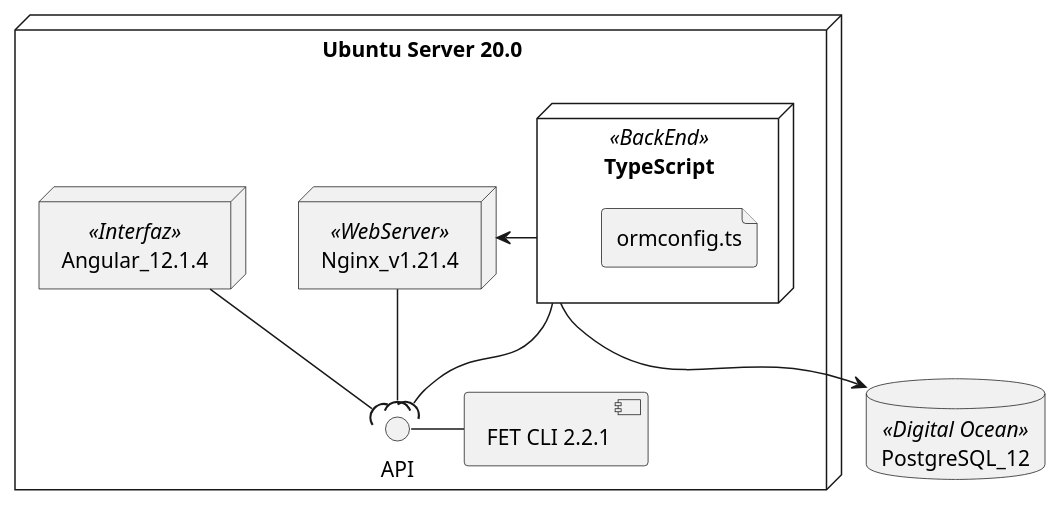
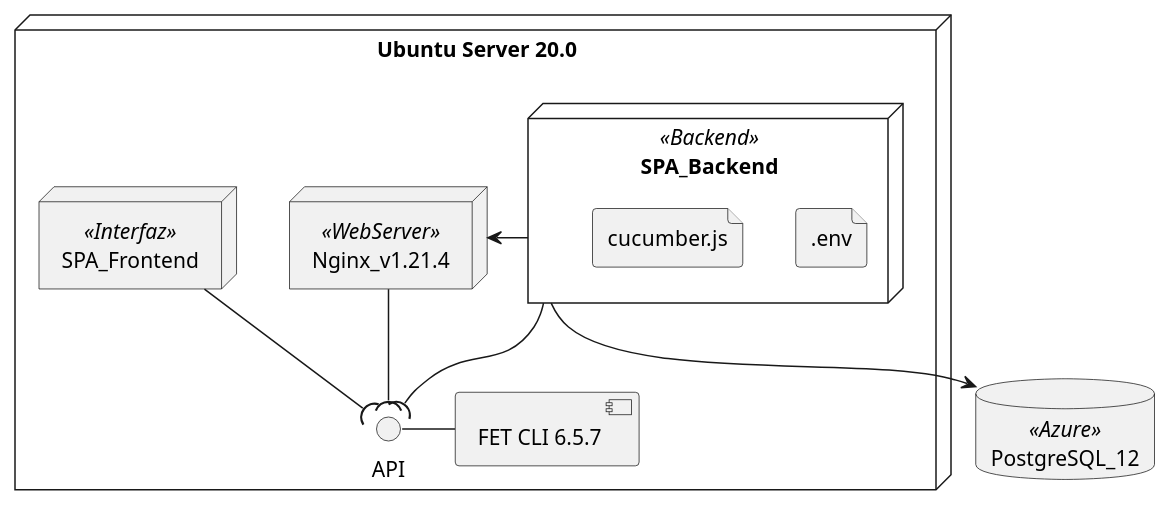
One commit to Trabajo-de-Titulacion/planificacion-academica-fis-frontend changed the diagram in diagrams/arquitectura.puml. Above: the diagram before and after it, drawn with PlantUML.

```diff
--- a/diagrams/arquitectura.puml
+++ b/diagrams/arquitectura.puml
@@ -1,26 +1,27 @@
 @startuml
 
 node "Ubuntu Server 20.0" {
-    node Angular_12.1.4 <<Interfaz>> {
+    node SPA_Frontend <<Interfaz>> {
     }
 }
 
 node "Ubuntu Server 20.0" {
     node "Nginx_v1.21.4" <<WebServer>> {
     }
-    node "TypeScript" <<BackEnd>> {
-        file ormconfig.ts
+    node SPA_Backend <<Backend>> {
+        file ".env"
+        file "cucumber.js"
     }
-    API - [FET CLI 2.2.1]
+    API - [FET CLI 6.5.7]
 }
 
-database PostgreSQL_12 <<Digital Ocean>> {
+database PostgreSQL_12 <<Azure>> {
 }
 
-TypeScript --> PostgreSQL_12
-TypeScript --( API
-TypeScript -right-> Nginx_v1.21.4
-Angular_12.1.4 --( API
+SPA_Backend --> PostgreSQL_12
+SPA_Backend --( API
+SPA_Backend -right-> Nginx_v1.21.4
+SPA_Frontend --( API
 Nginx_v1.21.4 --( API
 
 @enduml
```
